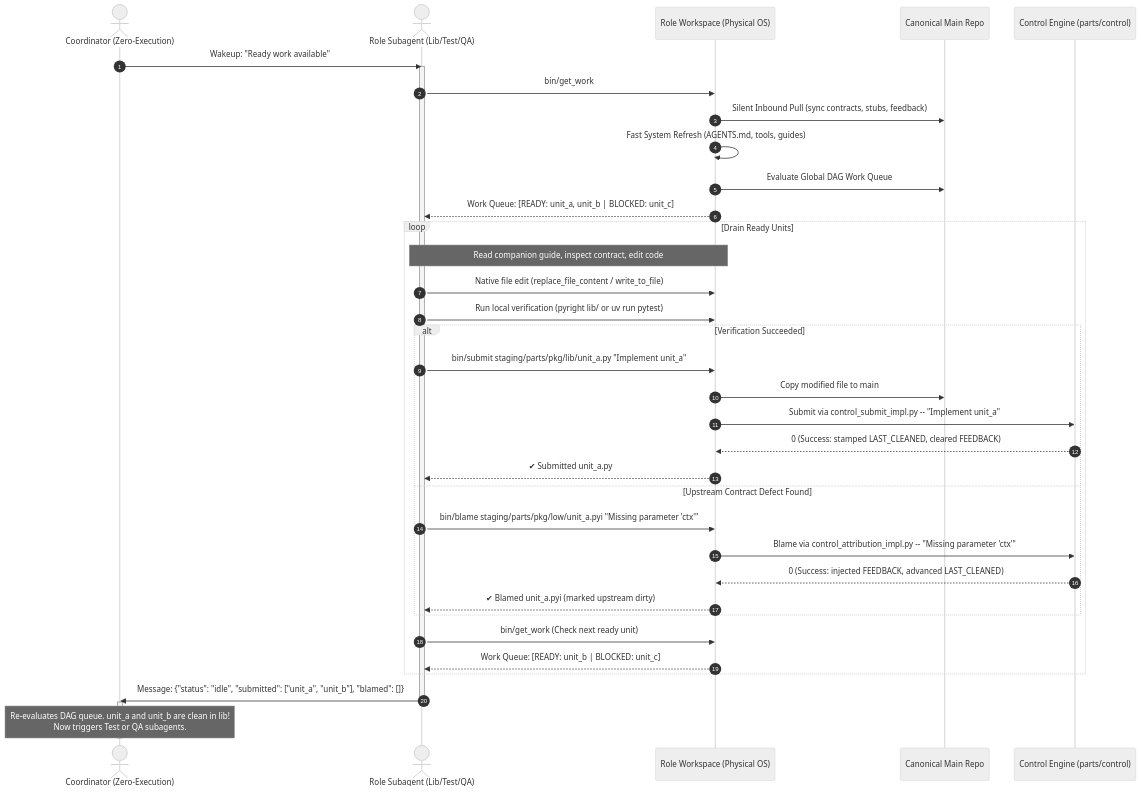
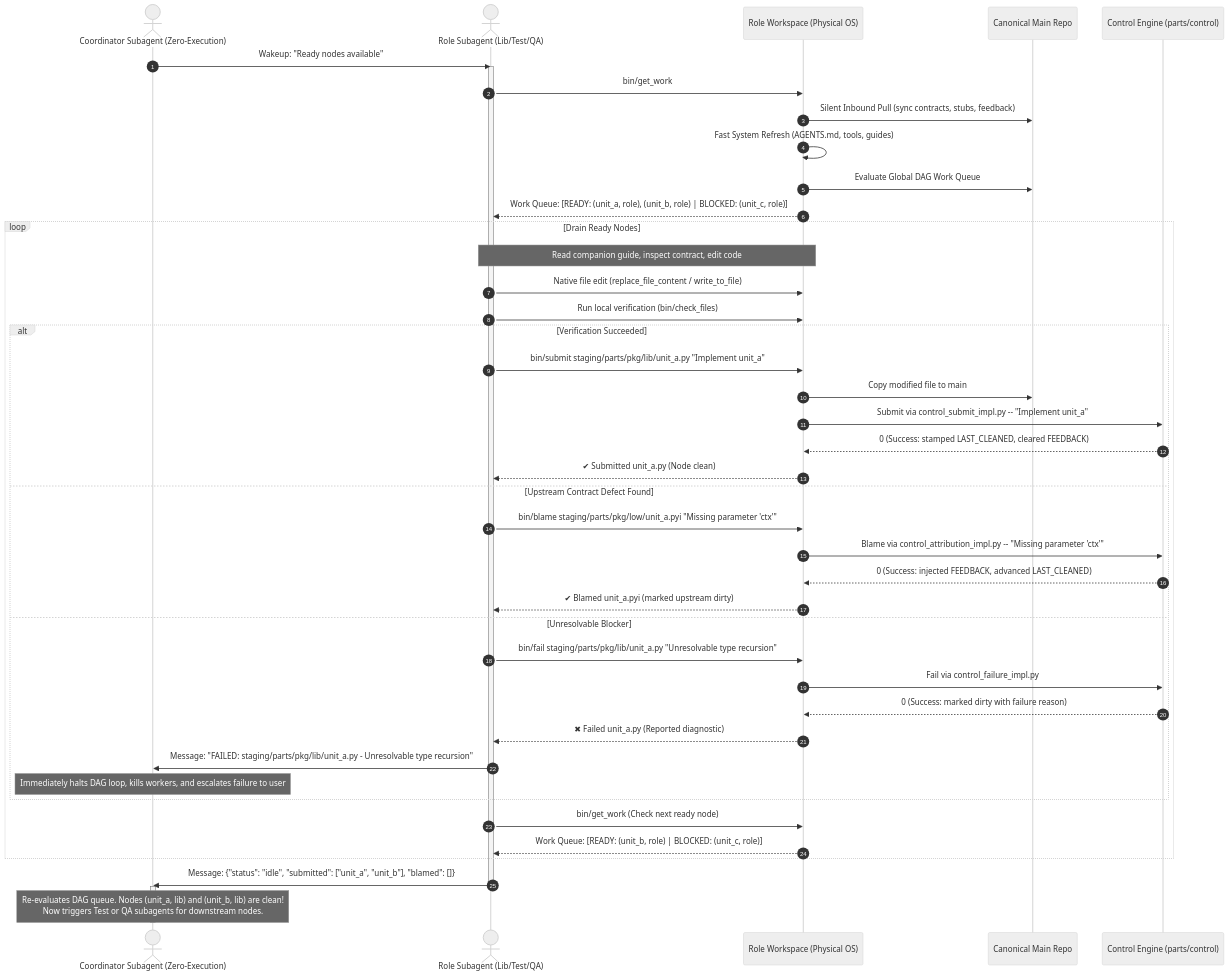
The second of 8 diagrams in design-docs/subagent_driven_cleanroom_workspaces_todo.md (mcdirmid/cleanroom), drawn with Mermaid (neutral theme) before and after one commit. The commit also changed other lines of this file and 518 other files, not shown here.

First line of the commit message:
feat: subagent orchestration, Antigravity harness adapter, and DAG work queue inspection

````diff
--- a/design-docs/subagent_driven_cleanroom_workspaces_todo.md
+++ b/design-docs/subagent_driven_cleanroom_workspaces_todo.md
@@ -147,47 +162,54 @@
 ```mermaid
 sequenceDiagram
     autonumber
-    actor Coord as Coordinator (Zero-Execution)
+    actor Coord as Coordinator Subagent (Zero-Execution)
     actor Subagent as Role Subagent (Lib/Test/QA)
     participant WS as Role Workspace (Physical OS)
     participant Main as Canonical Main Repo
     participant Control as Control Engine (parts/control)
 
-    Coord->>Subagent: Wakeup: "Ready work available"
+    Coord->>Subagent: Wakeup: "Ready nodes available"
     activate Subagent
     
     Subagent->>WS: bin/get_work
     WS->>Main: Silent Inbound Pull (sync contracts, stubs, feedback)
     WS->>WS: Fast System Refresh (AGENTS.md, tools, guides)
     WS->>Main: Evaluate Global DAG Work Queue
-    WS-->>Subagent: Work Queue: [READY: unit_a, unit_b | BLOCKED: unit_c]
+    WS-->>Subagent: Work Queue: [READY: (unit_a, role), (unit_b, role) | BLOCKED: (unit_c, role)]
 
-    loop Drain Ready Units
+    loop Drain Ready Nodes
         Note over Subagent,WS: Read companion guide, inspect contract, edit code
         Subagent->>WS: Native file edit (replace_file_content / write_to_file)
-        Subagent->>WS: Run local verification (pyright lib/ or uv run pytest)
+        Subagent->>WS: Run local verification (bin/check_files)
         
         alt Verification Succeeded
             Subagent->>WS: bin/submit staging/parts/pkg/lib/unit_a.py "Implement unit_a"
             WS->>Main: Copy modified file to main
             WS->>Control: Submit via control_submit_impl.py -- "Implement unit_a"
             Control-->>WS: 0 (Success: stamped LAST_CLEANED, cleared FEEDBACK)
-            WS-->>Subagent: ✔ Submitted unit_a.py
+            WS-->>Subagent: ✔ Submitted unit_a.py (Node clean)
         else Upstream Contract Defect Found
             Subagent->>WS: bin/blame staging/parts/pkg/low/unit_a.pyi "Missing parameter 'ctx'"
             WS->>Control: Blame via control_attribution_impl.py -- "Missing parameter 'ctx'"
             Control-->>WS: 0 (Success: injected FEEDBACK, advanced LAST_CLEANED)
             WS-->>Subagent: ✔ Blamed unit_a.pyi (marked upstream dirty)
+        else Unresolvable Blocker
+            Subagent->>WS: bin/fail staging/parts/pkg/lib/unit_a.py "Unresolvable type recursion"
+            WS->>Control: Fail via control_failure_impl.py
+            Control-->>WS: 0 (Success: marked dirty with failure reason)
+            WS-->>Subagent: ✖ Failed unit_a.py (Reported diagnostic)
+            Subagent->>Coord: Message: "FAILED: staging/parts/pkg/lib/unit_a.py - Unresolvable type recursion"
+            Note over Coord: Immediately halts DAG loop, kills workers, and escalates failure to user
         end
 
-        Subagent->>WS: bin/get_work (Check next ready unit)
-        WS-->>Subagent: Work Queue: [READY: unit_b | BLOCKED: unit_c]
+        Subagent->>WS: bin/get_work (Check next ready node)
+        WS-->>Subagent: Work Queue: [READY: (unit_b, role) | BLOCKED: (unit_c, role)]
     end
 
     Subagent->>Coord: Message: {"status": "idle", "submitted": ["unit_a", "unit_b"], "blamed": []}
     deactivate Subagent
     
     activate Coord
-    Note over Coord: Re-evaluates DAG queue. unit_a and unit_b are clean in lib!<br/>Now triggers Test or QA subagents.
+    Note over Coord: Re-evaluates DAG queue. Nodes (unit_a, lib) and (unit_b, lib) are clean!<br/>Now triggers Test or QA subagents for downstream nodes.
     deactivate Coord
 ```
````
